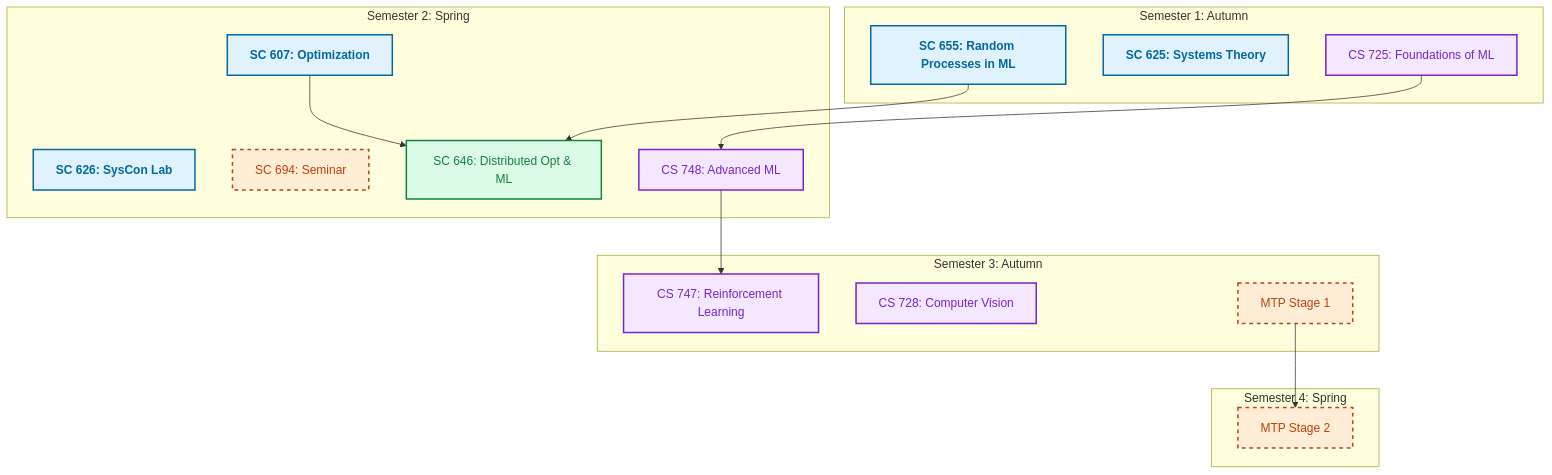
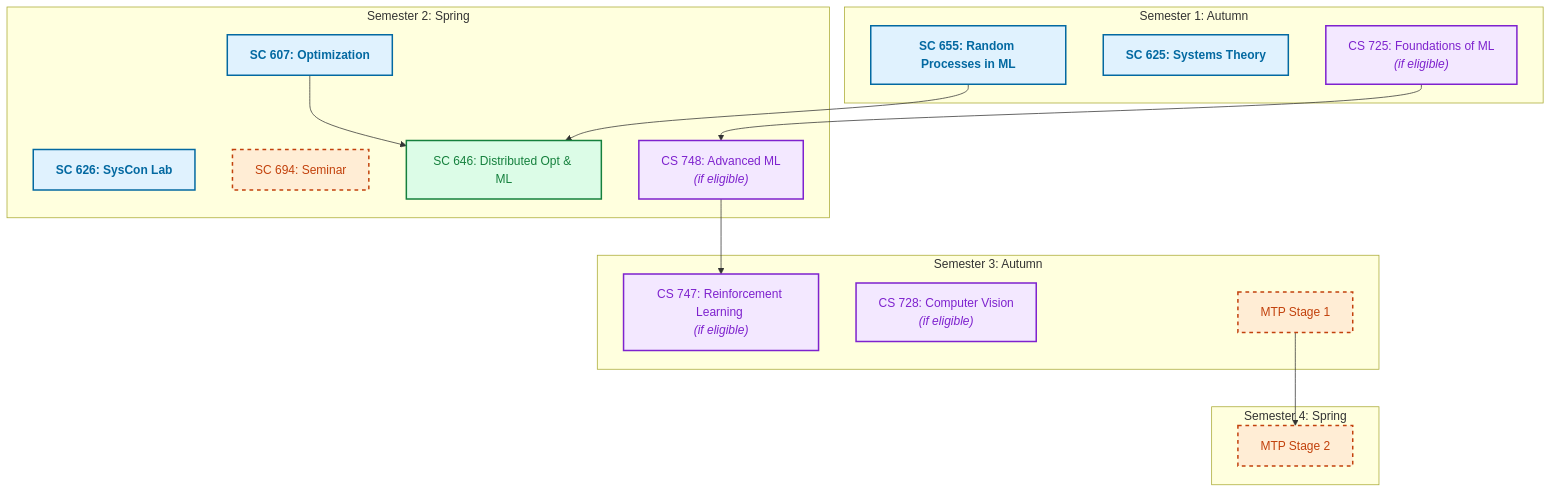
One commit to StateSpace1977/statespace1977 changed the third of 5 diagrams in _tabs/roadmaps.md. Above: the diagram before and after it, drawn with Mermaid. The commit also changed other lines of this file, not shown here.

Commit message:
Update Roadmaps: Add animated accordion UI, remove CS 699, and add eligibility labels

````diff
--- a/_tabs/roadmaps.md
+++ b/_tabs/roadmaps.md
@@ -109,38 +136,38 @@
 ```mermaid
 flowchart TD
     classDef core fill:#e0f2fe,stroke:#0369a1,color:#0369a1,stroke-width:2px,font-weight:bold;
     classDef elective fill:#dcfce7,stroke:#15803d,color:#15803d,stroke-width:2px;
     classDef milestone fill:#ffedd5,stroke:#c2410c,color:#c2410c,stroke-width:2px,stroke-dasharray: 5 5;
     classDef cross fill:#f3e8ff,stroke:#7e22ce,color:#7e22ce,stroke-width:2px;
 
     subgraph Sem1 [Semester 1: Autumn]
         C1[SC 655: Random Processes in ML]:::core
         C2[SC 625: Systems Theory]:::core
-        E1[CS 725: Foundations of ML]:::cross
+        E1["CS 725: Foundations of ML <br><i>(if eligible)</i>"]:::cross
     end
 
     subgraph Sem2 [Semester 2: Spring]
         C3[SC 607: Optimization]:::core
         C4[SC 626: SysCon Lab]:::core
         S[SC 694: Seminar]:::milestone
         E2[SC 646: Distributed Opt & ML]:::elective
-        E3[CS 748: Advanced ML]:::cross
+        E3["CS 748: Advanced ML <br><i>(if eligible)</i>"]:::cross
         
         C1 --> E2
         E1 --> E3
         C3 --> E2
     end
 
     subgraph Sem3 [Semester 3: Autumn]
-        E4[CS 747: Reinforcement Learning]:::cross
-        E5[CS 728: Computer Vision]:::cross
+        E4["CS 747: Reinforcement Learning <br><i>(if eligible)</i>"]:::cross
+        E5["CS 728: Computer Vision <br><i>(if eligible)</i>"]:::cross
         M1[MTP Stage 1]:::milestone
         
         E3 --> E4
     end
 
     subgraph Sem4 [Semester 4: Spring]
         M2[MTP Stage 2]:::milestone
         M1 --> M2
     end
 ```
````
